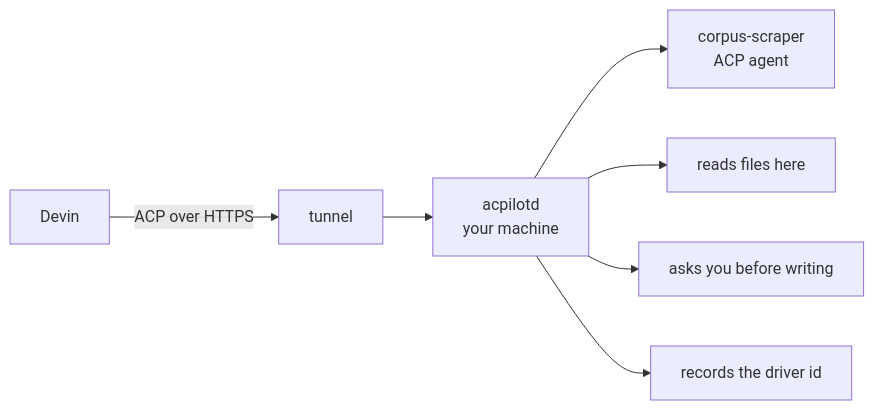
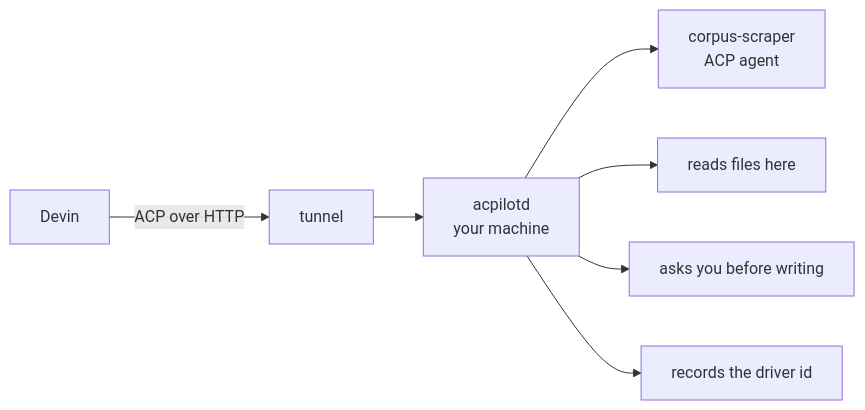
The diagram in site/src/content/docs/flight-test/remote-control.md (skamansam/acpilot), drawn with Mermaid before and after one commit. The commit also changed other lines of this file and 17 other files, not shown here.

First line of the commit message:
bridge: serve ACP over HTTP for paired drivers

````diff
--- a/site/src/content/docs/flight-test/remote-control.md
+++ b/site/src/content/docs/flight-test/remote-control.md
@@ -21,9 +21,9 @@
 ```mermaid
 flowchart LR
-    driver["Devin"] -->|"ACP over HTTPS"| tunnel["tunnel"]
+    driver["Devin"] -->|"ACP over HTTP"| tunnel["tunnel"]
     tunnel --> daemon["acpilotd<br/>your machine"]
     daemon --> agent["corpus-scraper<br/>ACP agent"]
     daemon --> reads["reads files here"]
     daemon --> asks["asks you before writing"]
     daemon --> audit["records the driver id"]
 ```
````
